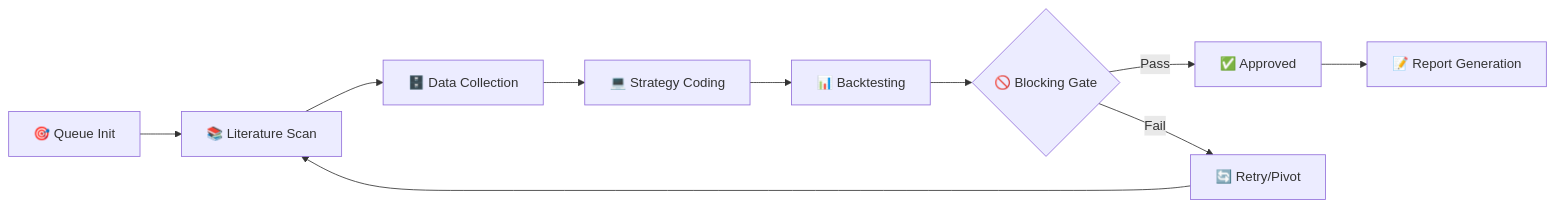
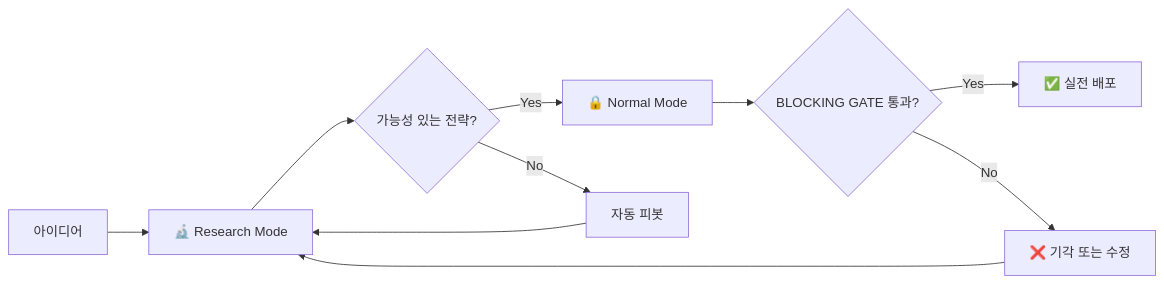
One commit to bucheoncityboy/OpenCode-Multi-Agent-Research-Team changed the diagram in README.md. Above: the diagram before and after it, drawn with Mermaid. The commit also changed other lines of this file, not shown here.

````diff
--- a/README.md
+++ b/README.md
@@ -106,12 +138,12 @@
 ```mermaid
-flowchart LR
-    A[🎯 Queue Init] --> B[📚 Literature Scan]
-    B --> C[🗄️ Data Collection]
-    C --> D[💻 Strategy Coding]
-    D --> E[📊 Backtesting]
-    E --> F{🚫 Blocking Gate}
-    F -->|Pass| G[✅ Approved]
-    F -->|Fail| H[🔄 Retry/Pivot]
+graph LR
+    A[아이디어] --> B[🔬 Research Mode]
+    B --> C{가능성 있는 전략?}
+    C -->|Yes| D[🔒 Normal Mode]
+    C -->|No| E[자동 피봇]
+    E --> B
+    D --> F{BLOCKING GATE 통과?}
+    F -->|Yes| G[✅ 실전 배포]
+    F -->|No| H[❌ 기각 또는 수정]
     H --> B
-    G --> I[📝 Report Generation]
 ```
````
